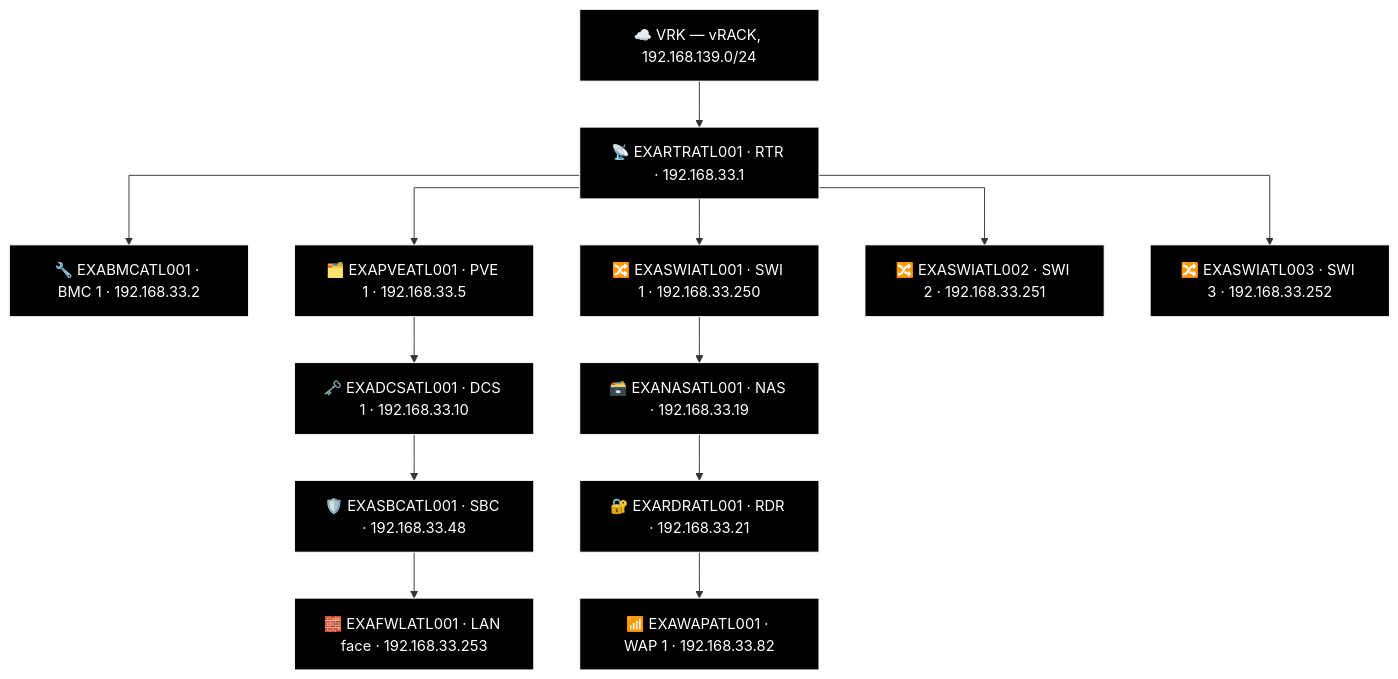
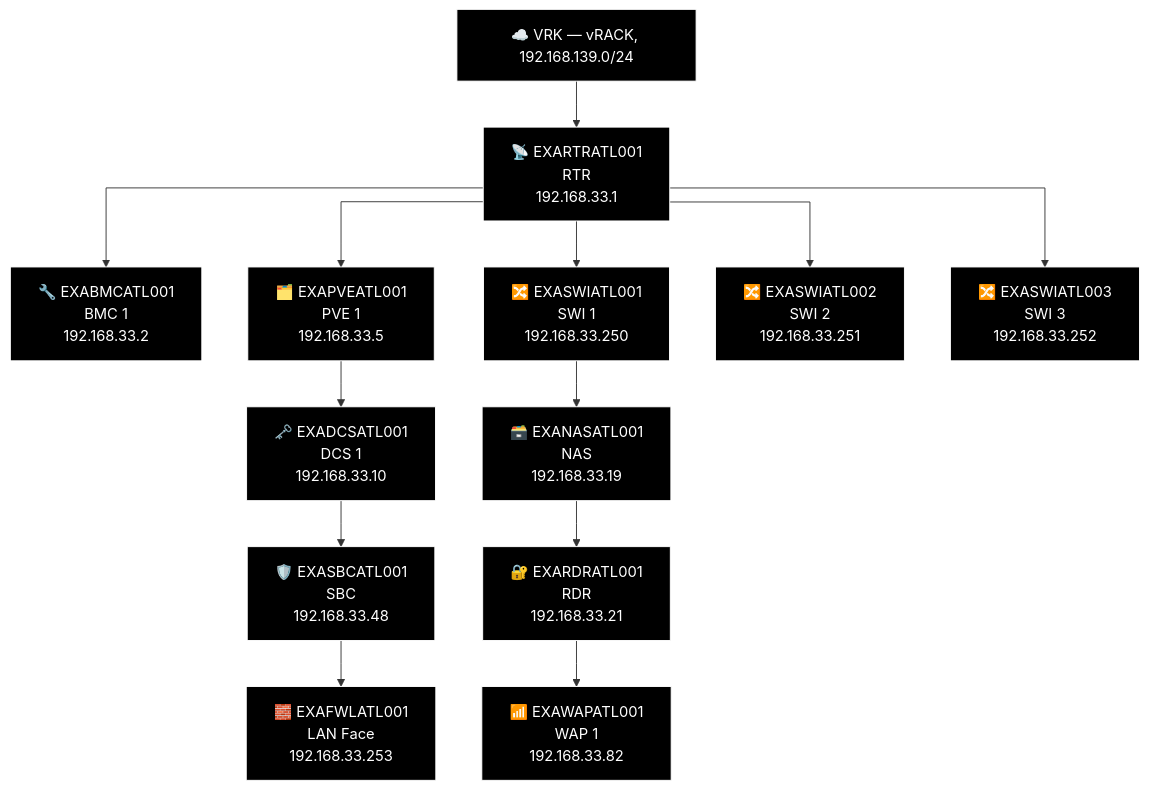
The tenth of 16 diagrams in docs/network-diagram/united-states.md (knightmare2600/example_music_infra), drawn with Mermaid before and after one commit. The commit also changed other lines of this file and 18 other files, not shown here.

````diff
--- a/docs/network-diagram/united-states.md
+++ b/docs/network-diagram/united-states.md
@@ -390,40 +390,40 @@
 ```mermaid
 %% GENERATED:TOPOLOGY:ATL:START
 %%{init: {'flowchart': {'curve': 'stepAfter'}}}%%
 graph TD
     T_VRK["☁️ VRK — vRACK, 192.168.139.0/24"]
-    T_RTR["📡 EXARTRATL001 · RTR · 192.168.33.1"]
+    T_RTR["📡 EXARTRATL001<br/>RTR<br/>192.168.33.1"]
     T_VRK --> T_RTR
-    T_BMC["🔧 EXABMCATL001 · BMC 1 · 192.168.33.2"]
+    T_BMC["🔧 EXABMCATL001<br/>BMC 1<br/>192.168.33.2"]
     T_RTR --> T_BMC
-    T_PVE["🗂️ EXAPVEATL001 · PVE 1 · 192.168.33.5"]
+    T_PVE["🗂️ EXAPVEATL001<br/>PVE 1<br/>192.168.33.5"]
     T_RTR --> T_PVE
-    T_SWI["🔀 EXASWIATL001 · SWI 1 · 192.168.33.250"]
+    T_SWI["🔀 EXASWIATL001<br/>SWI 1<br/>192.168.33.250"]
     T_RTR --> T_SWI
-    T_SWI2["🔀 EXASWIATL002 · SWI 2 · 192.168.33.251"]
+    T_SWI2["🔀 EXASWIATL002<br/>SWI 2<br/>192.168.33.251"]
     T_RTR --> T_SWI2
-    T_SWI3["🔀 EXASWIATL003 · SWI 3 · 192.168.33.252"]
+    T_SWI3["🔀 EXASWIATL003<br/>SWI 3<br/>192.168.33.252"]
     T_RTR --> T_SWI3
-    T_NAS["🗃️ EXANASATL001 · NAS · 192.168.33.19"]
-    T_RDR["🔐 EXARDRATL001 · RDR · 192.168.33.21"]
-    T_WAP["📶 EXAWAPATL001 · WAP 1 · 192.168.33.82"]
+    T_NAS["🗃️ EXANASATL001<br/>NAS<br/>192.168.33.19"]
+    T_RDR["🔐 EXARDRATL001<br/>RDR<br/>192.168.33.21"]
+    T_WAP["📶 EXAWAPATL001<br/>WAP 1<br/>192.168.33.82"]
     T_SWI --> T_NAS --> T_RDR --> T_WAP
-    T_DCS["🗝️ EXADCSATL001 · DCS 1 · 192.168.33.10"]
-    T_SBC["🛡️ EXASBCATL001 · SBC · 192.168.33.48"]
-    T_FWL["🧱 EXAFWLATL001 · LAN face · 192.168.33.253"]
+    T_DCS["🗝️ EXADCSATL001<br/>DCS 1<br/>192.168.33.10"]
+    T_SBC["🛡️ EXASBCATL001<br/>SBC<br/>192.168.33.48"]
+    T_FWL["🧱 EXAFWLATL001<br/>LAN Face<br/>192.168.33.253"]
     T_PVE --> T_DCS --> T_SBC --> T_FWL
     style T_VRK fill:#000000,stroke:#FFFFFF,color:#FFFFFF
     style T_RTR fill:#000000,stroke:#FFFFFF,color:#FFFFFF
     style T_BMC fill:#000000,stroke:#FFFFFF,color:#FFFFFF
     style T_PVE fill:#000000,stroke:#FFFFFF,color:#FFFFFF
     style T_SWI fill:#000000,stroke:#FFFFFF,color:#FFFFFF
     style T_SWI2 fill:#000000,stroke:#FFFFFF,color:#FFFFFF
     style T_SWI3 fill:#000000,stroke:#FFFFFF,color:#FFFFFF
     style T_NAS fill:#000000,stroke:#FFFFFF,color:#FFFFFF
     style T_RDR fill:#000000,stroke:#FFFFFF,color:#FFFFFF
     style T_WAP fill:#000000,stroke:#FFFFFF,color:#FFFFFF
     style T_DCS fill:#000000,stroke:#FFFFFF,color:#FFFFFF
     style T_SBC fill:#000000,stroke:#FFFFFF,color:#FFFFFF
     style T_FWL fill:#000000,stroke:#FFFFFF,color:#FFFFFF
 %% GENERATED:TOPOLOGY:ATL:END
 ```
````
